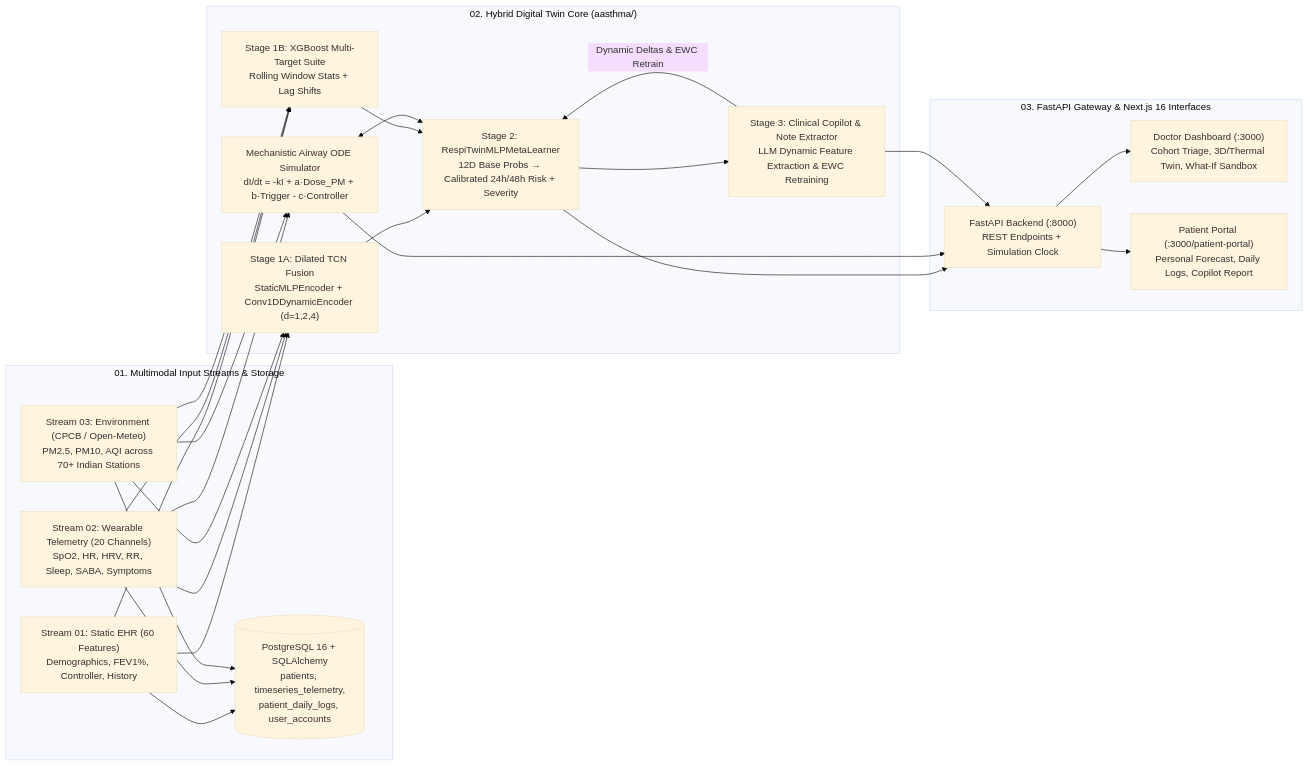
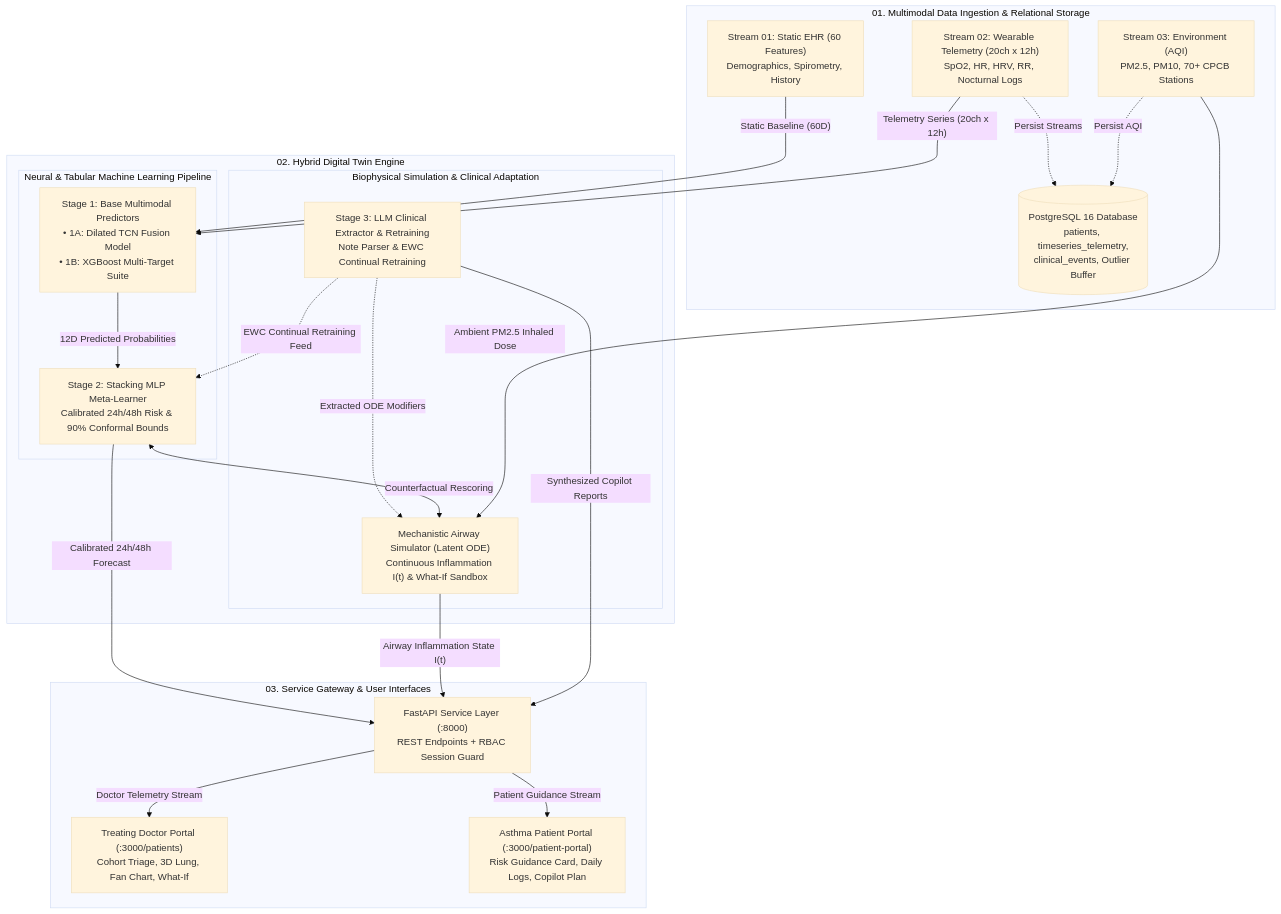
Before and after one commit to Frisbee148/BreatheTwin: the diagram in README.md, drawn with Mermaid (base theme). The commit also changed other lines of this file and 25 other files, not shown here.

````diff
--- a/README.md
+++ b/README.md
@@ -283,33 +290,46 @@
 ```mermaid
-flowchart LR
-    subgraph Streams["01. Multimodal Input Streams & Storage"]
-        EHR["Stream 01: Static EHR (60 Features)<br/>Demographics, FEV1%, Controller, History"]
-        WEAR["Stream 02: Wearable Telemetry (20 Channels)<br/>SpO2, HR, HRV, RR, Sleep, SABA, Symptoms"]
-        AQI["Stream 03: Environment (CPCB / Open-Meteo)<br/>PM2.5, PM10, AQI across 70+ Indian Stations"]
-        PG[("PostgreSQL 16 + SQLAlchemy<br/>patients, timeseries_telemetry,<br/>patient_daily_logs, user_accounts")]
+flowchart TD
+    subgraph P1["01. Multimodal Data Ingestion & Relational Storage"]
+        EHR["Stream 01: Static EHR (60 Features)<br/>Demographics, Spirometry, History"]
+        WEAR["Stream 02: Wearable Telemetry (20ch x 12h)<br/>SpO2, HR, HRV, RR, Nocturnal Logs"]
+        DB[("PostgreSQL 16 Database<br/>patients, timeseries_telemetry,<br/>clinical_events, Outlier Buffer")]
+        AQI["Stream 03: Environment (AQI)<br/>PM2.5, PM10, 70+ CPCB Stations"]
+        
+        WEAR -.->|"Persist Streams"| DB
+        AQI -.->|"Persist AQI"| DB
     end
 
-    subgraph Core["02. Hybrid Digital Twin Core (aasthma/)"]
-        ODE["Mechanistic Airway ODE Simulator<br/>dI/dt = -kI + a·Dose_PM + b·Trigger - c·Controller"]
-        TCN["Stage 1A: Dilated TCN Fusion<br/>StaticMLPEncoder + Conv1DDynamicEncoder (d=1,2,4)"]
-        XGB["Stage 1B: XGBoost Multi-Target Suite<br/>Rolling Window Stats + Lag Shifts"]
-        META["Stage 2: RespiTwinMLPMetaLearner<br/>12D Base Probs → Calibrated 24h/48h Risk + Severity"]
-        LLM["Stage 3: Clinical Copilot & Note Extractor<br/>LLM Dynamic Feature Extraction & EWC Retraining"]
+    subgraph P2["02. Hybrid Digital Twin Engine"]
+        subgraph ML["Neural & Tabular Machine Learning Pipeline"]
+            S1["Stage 1: Base Multimodal Predictors<br/>• 1A: Dilated TCN Fusion Model<br/>• 1B: XGBoost Multi-Target Suite"]
+            META["Stage 2: Stacking MLP Meta-Learner<br/>Calibrated 24h/48h Risk & 90% Conformal Bounds"]
+            S1 -->|"12D Predicted Probabilities"| META
+        end
+
+        subgraph BIO["Biophysical Simulation & Clinical Adaptation"]
+            ODE["Mechanistic Airway Simulator (Latent ODE)<br/>Continuous Inflammation I(t) & What-If Sandbox"]
+            LLM["Stage 3: LLM Clinical Extractor & Retraining<br/>Note Parser & EWC Continual Retraining"]
+            LLM -.->|"Extracted ODE Modifiers"| ODE
+        end
+
+        META <-->|"Counterfactual Rescoring"| ODE
+        LLM -.->|"EWC Continual Retraining Feed"| META
     end
 
-    subgraph UI["03. FastAPI Gateway & Next.js 16 Interfaces"]
-        API["FastAPI Backend (:8000)<br/>REST Endpoints + Simulation Clock"]
-        DOC["Doctor Dashboard (:3000)<br/>Cohort Triage, 3D/Thermal Twin, What-If Sandbox"]
-        PAT["Patient Portal (:3000/patient-portal)<br/>Personal Forecast, Daily Logs, Copilot Report"]
+    subgraph P3["03. Service Gateway & User Interfaces"]
+        API["FastAPI Service Layer (:8000)<br/>REST Endpoints + RBAC Session Guard"]
+        DOC["Treating Doctor Portal (:3000/patients)<br/>Cohort Triage, 3D Lung, Fan Chart, What-If"]
+        PAT["Asthma Patient Portal (:3000/patient-portal)<br/>Risk Guidance Card, Daily Logs, Copilot Plan"]
+        
+        API -->|"Doctor Telemetry Stream"| DOC
+        API -->|"Patient Guidance Stream"| PAT
     end
 
-    EHR & WEAR & AQI --> PG
-    EHR & WEAR & AQI --> TCN & XGB
-    WEAR & AQI --> ODE
-    TCN & XGB --> META
-    ODE <--> META
-    META --> LLM
-    LLM -->|"Dynamic Deltas & EWC Retrain"| META
-    META & ODE & LLM --> API
-    API --> DOC & PAT
+    EHR -->|"Static Baseline (60D)"| S1
+    WEAR -->|"Telemetry Series (20ch x 12h)"| S1
+    AQI -->|"Ambient PM2.5 Inhaled Dose"| ODE
+
+    META -->|"Calibrated 24h/48h Forecast"| API
+    ODE -->|"Airway Inflammation State I(t)"| API
+    LLM -->|"Synthesized Copilot Reports"| API
 ```
````
